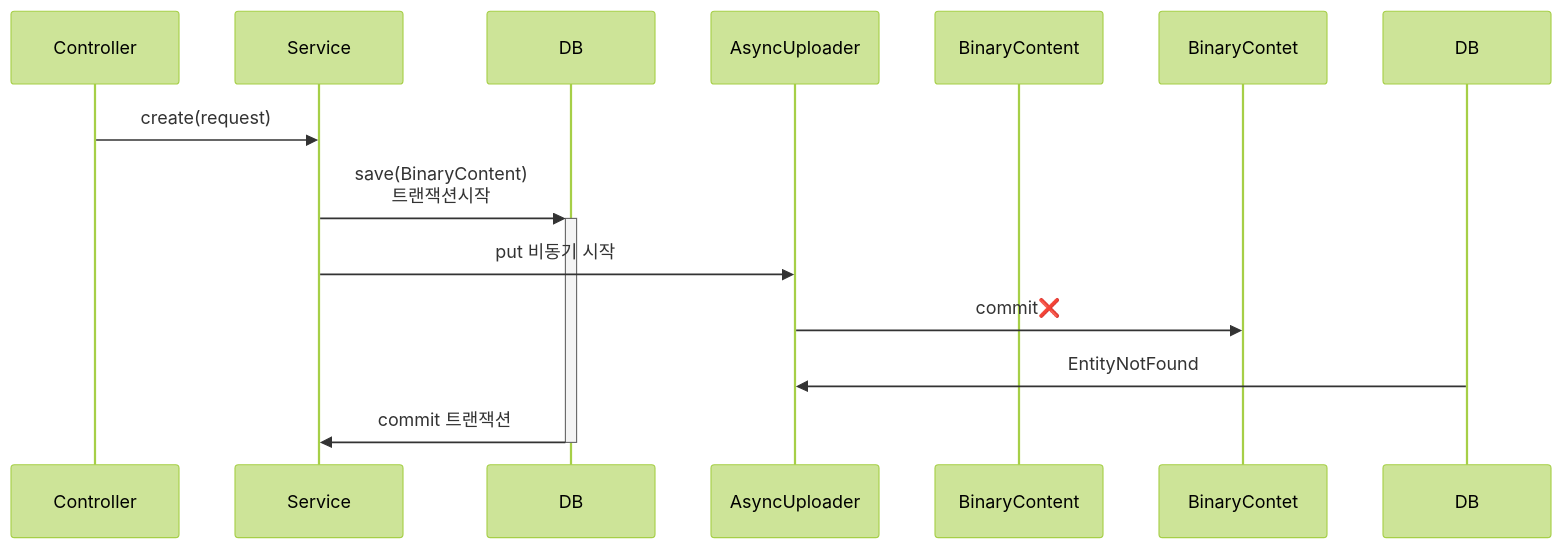
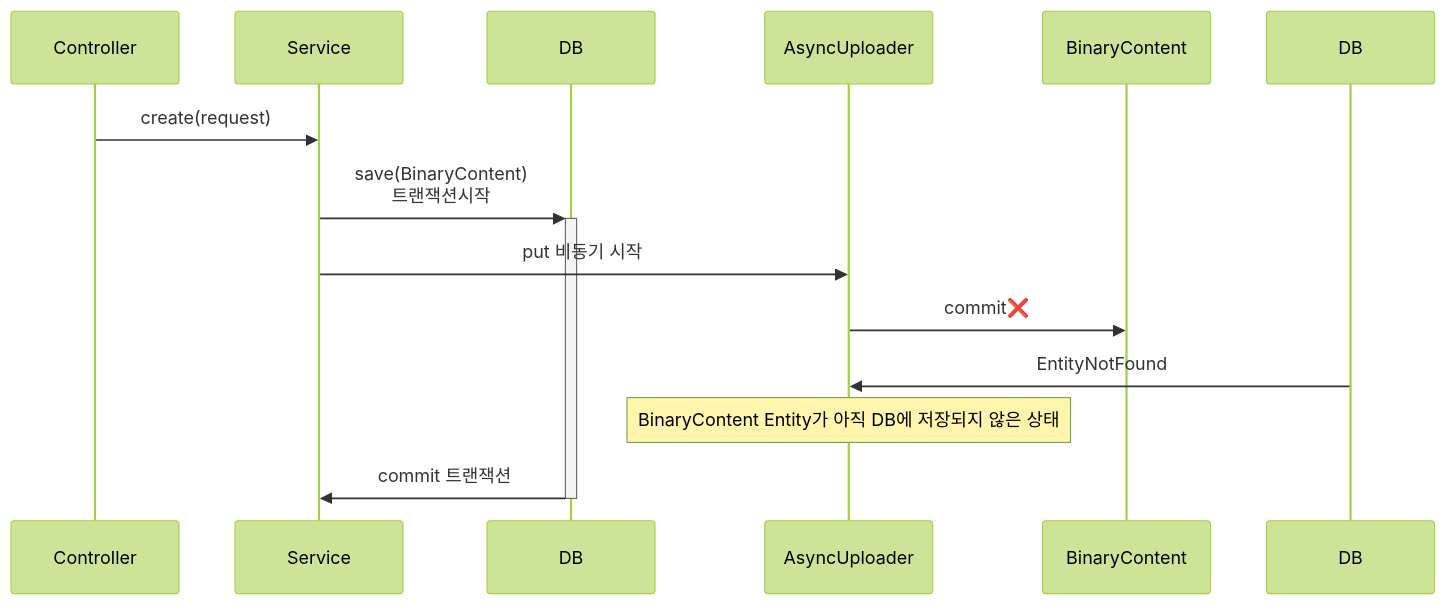
One commit to codeit-bootcamp-spring/1-sprint-mission changed the sixth of 7 diagrams in README.md. Above: the diagram before and after it, drawn with Mermaid (forest theme).

Commit message:
docs: fix typo in README regarding BinaryContent in asynchronous upload sequence

````diff
--- a/README.md
+++ b/README.md
@@ -201,15 +201,16 @@
 ```mermaid
 sequenceDiagram
   participant C as Controller
   participant S as Service
   participant D as DB
   participant AsyncUploader
   participant BinaryContent
 
   C->>S: create(request)
   S->>+D: save(BinaryContent)<br/>트랜잭션시작
   S->>AsyncUploader: put 비동기 시작
-  AsyncUploader->>BinaryContet: commit❌
+  AsyncUploader->>BinaryContent: commit❌
   DB->>AsyncUploader: EntityNotFound
+  Note over AsyncUploader: BinaryContent Entity가 아직 DB에 저장되지 않은 상태
   D->>-S: commit 트랜잭션
 ```
````
